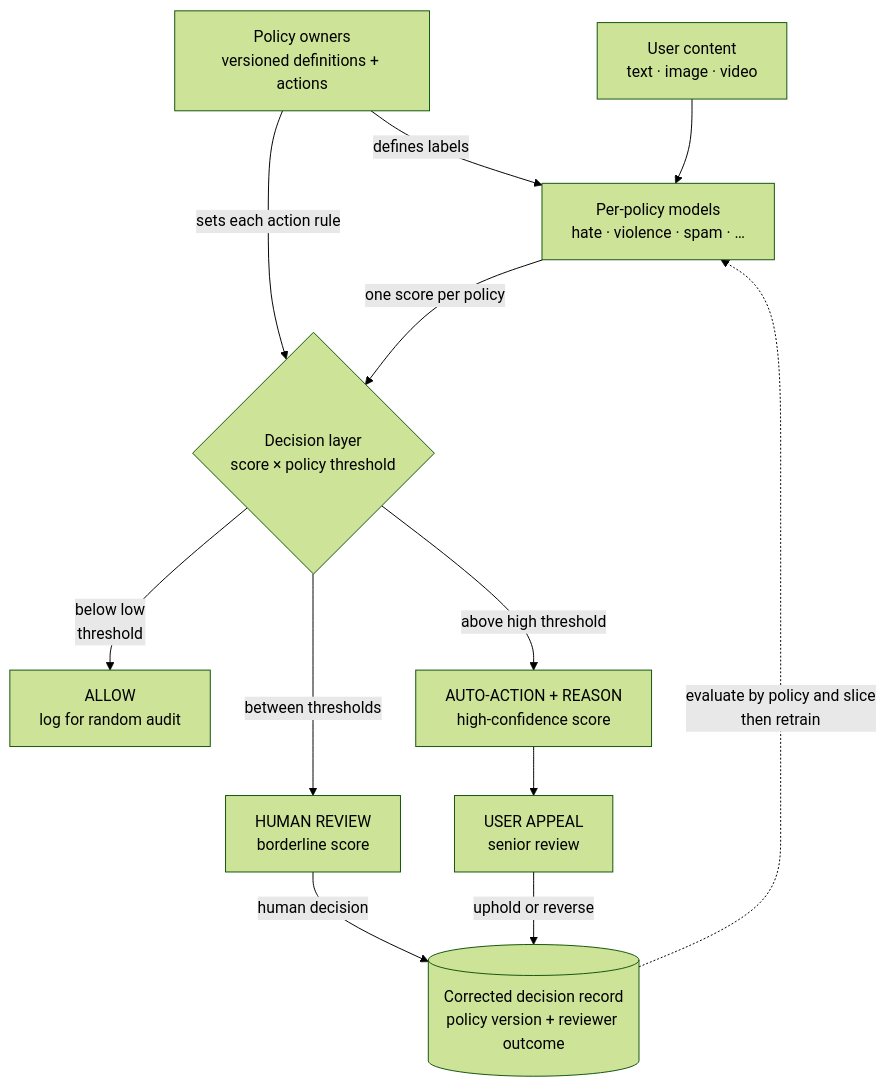
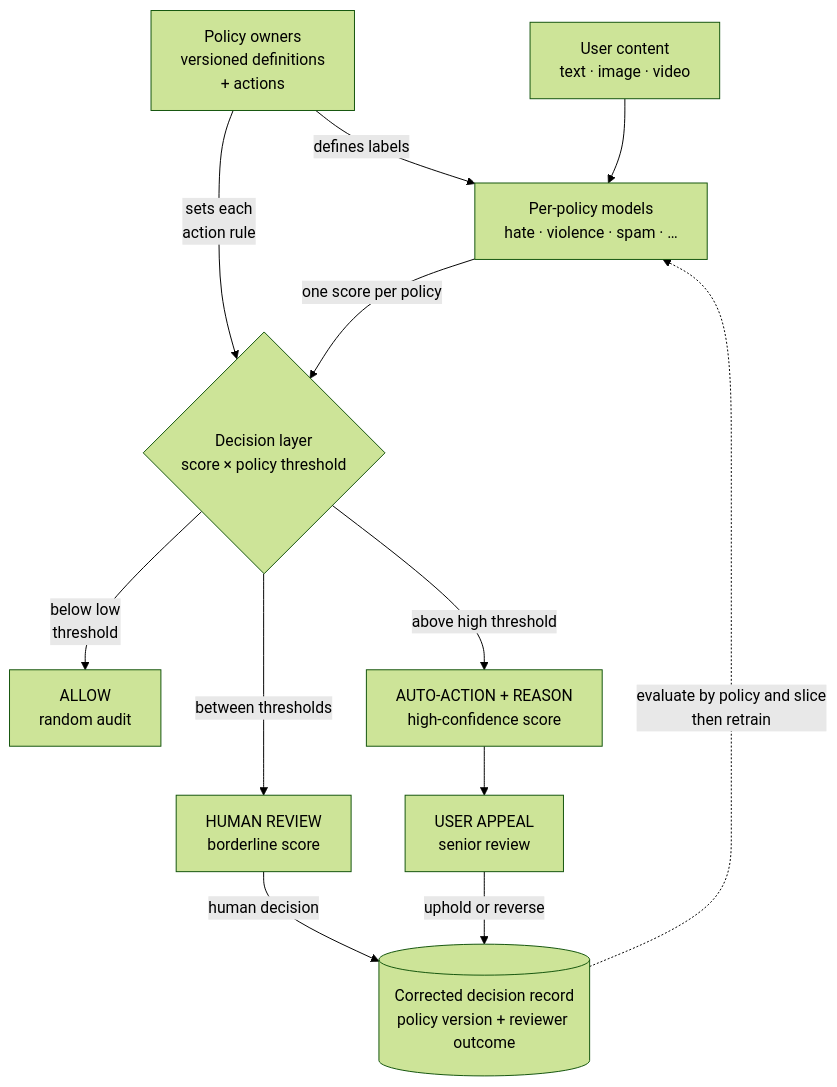
Before and after one commit to mlmentorship/mlmentorship.github.io: the diagram in src/content/posts/2025-05-29-content-moderation.md, drawn with Mermaid (forest theme). The commit also changed 9 other files, not shown here.

````diff
--- a/src/content/posts/2025-05-29-content-moderation.md
+++ b/src/content/posts/2025-05-29-content-moderation.md
@@ -63,29 +63,30 @@
 ```mermaid
+%%{init: {"flowchart": {"diagramPadding": 24}}}%%
 flowchart TB
 	accTitle: Policy governs a multi-policy moderation decision and correction loop
 	accDescr: Policy owners publish versioned definitions and actions. Those definitions determine training labels for per-policy models and set policy-specific routing thresholds. User content enters the models, which produce separate scores for policies such as hate speech, violence, and spam. The decision layer combines each score with its policy threshold and routes the item to allow, trained human review, or an automatic action with a reason. Human decisions and appealed automatic actions create corrected decision records. Those records feed evaluation and retraining, but do not let the model redefine policy.
-	Policy["Policy owners<br/>versioned definitions + actions"]
+	Policy["Policy owners<br/>versioned definitions<br/>+ actions"]
 	Content["User content<br/>text · image · video"]
 	Models["Per-policy models<br/>hate · violence · spam · …"]
 	Decision{"Decision layer<br/>score × policy threshold"}
-	Allow["ALLOW<br/>log for random audit"]
+	Allow["ALLOW<br/>random audit"]
 	Review["HUMAN REVIEW<br/>borderline score"]
 	Auto["AUTO-ACTION + REASON<br/>high-confidence score"]
 	Appeal["USER APPEAL<br/>senior review"]
 	Record[("Corrected decision record<br/>policy version + reviewer outcome")]
 	Policy -->|"defines labels"| Models
-	Policy -->|"sets each action rule"| Decision
+	Policy -->|"sets each<br/>action rule"| Decision
 	Content --> Models
 	Models -->|"one score per policy"| Decision
 	Decision -->|"below low<br/>threshold"| Allow
 	Decision -->|"between thresholds"| Review
 	Decision -->|"above high threshold"| Auto
 	Review -->|"human decision"| Record
 	Auto --> Appeal
 	Appeal -->|"uphold or reverse"| Record
 	Record -. "evaluate by policy and slice<br/>then retrain" .-> Models
 	class Content viz-input
 	class Policy,Record viz-state
 	class Decision viz-focus
 	class Allow,Review,Auto,Appeal viz-output
 ```
````
